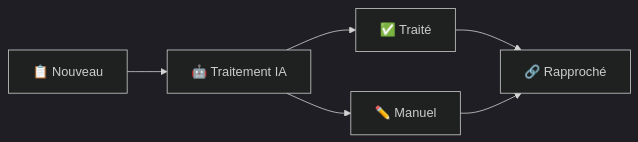
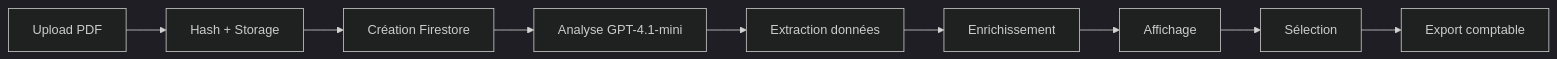
One commit to Wamphyro/Orixis-pwa changed the diagram in modules/factures-fournisseurs/README.md. Above: the diagram before and after it, drawn with Mermaid (dark theme). The commit also changed other lines of this file and 36 other files, not shown here.

````diff
--- a/modules/factures-fournisseurs/README.md
+++ b/modules/factures-fournisseurs/README.md
@@ -86,8 +109,11 @@
 ```mermaid
 graph LR
-    A[📋 Nouveau] --> B[🤖 Traitement IA]
-    B --> C[✅ Traité]
-    B --> D[✏️ Manuel]
-    C --> E[🔗 Rapproché]
-    D --> E
+    A[Upload PDF] --> B[Hash + Storage]
+    B --> C[Création Firestore]
+    C --> D[Analyse GPT-4.1-mini]
+    D --> E[Extraction données]
+    E --> F[Enrichissement]
+    F --> G[Affichage]
+    G --> H[Sélection]
+    H --> I[Export comptable]
 ```
````
